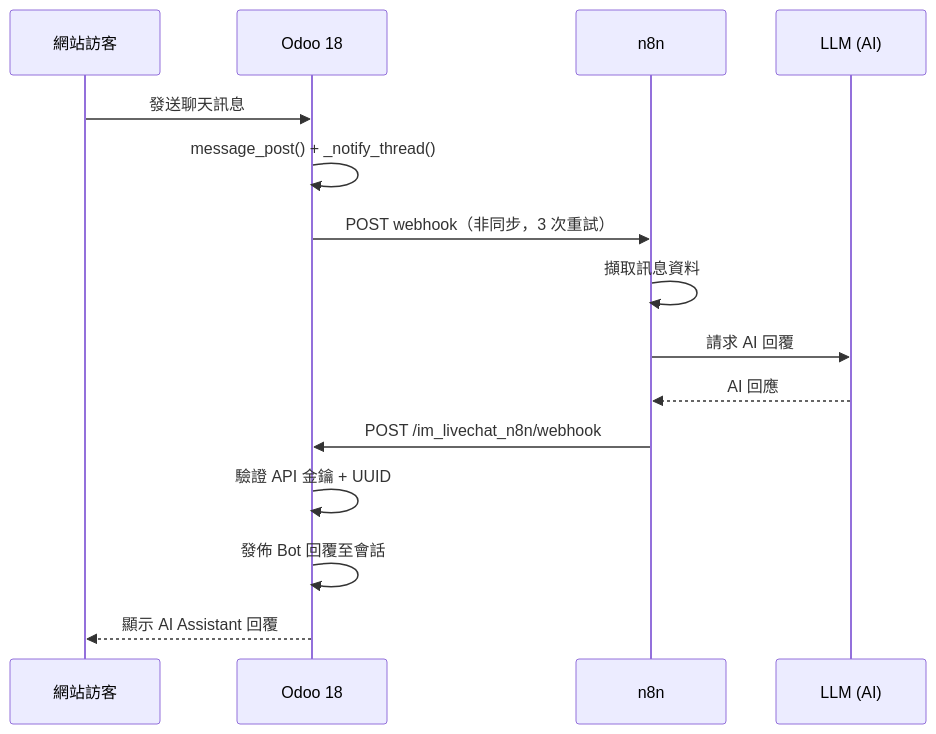
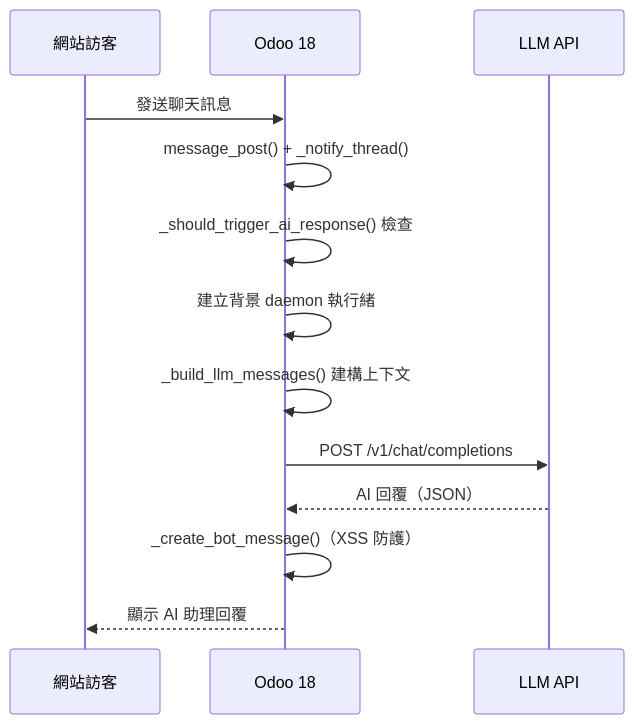
The first of 2 diagrams in README_zh-TW.md (WOOWTECH/Woow_odoo_ai_livechat), drawn with Mermaid before and after one commit. The commit also changed other lines of this file and 62 other files, not shown here.

````diff
--- a/README_zh-TW.md
+++ b/README_zh-TW.md
@@ -94,18 +115,16 @@
 ```mermaid
 sequenceDiagram
     participant V as 網站訪客
     participant O as Odoo 18
-    participant N as n8n
-    participant L as LLM (AI)
+    participant L as LLM API
 
     V->>O: 發送聊天訊息
     O->>O: message_post() + _notify_thread()
-    O->>N: POST webhook（非同步，3 次重試）
-    N->>N: 擷取訊息資料
-    N->>L: 請求 AI 回覆
-    L-->>N: AI 回應
-    N->>O: POST /im_livechat_n8n/webhook
-    O->>O: 驗證 API 金鑰 + UUID
-    O->>O: 發佈 Bot 回覆至會話
-    O-->>V: 顯示 AI Assistant 回覆
+    O->>O: _should_trigger_ai_response() 檢查
+    O->>O: 建立背景 daemon 執行緒
+    O->>O: _build_llm_messages() 建構上下文
+    O->>L: POST /v1/chat/completions
+    L-->>O: AI 回覆（JSON）
+    O->>O: _create_bot_message()（XSS 防護）
+    O-->>V: 顯示 AI 助理回覆
 ```
````
